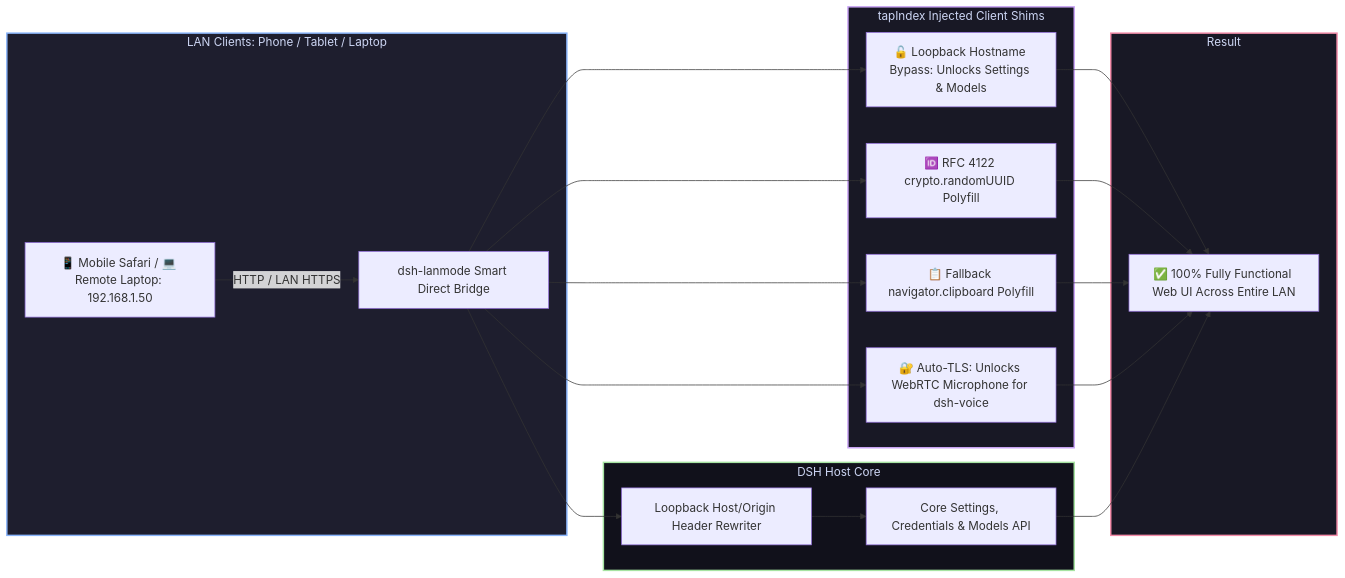
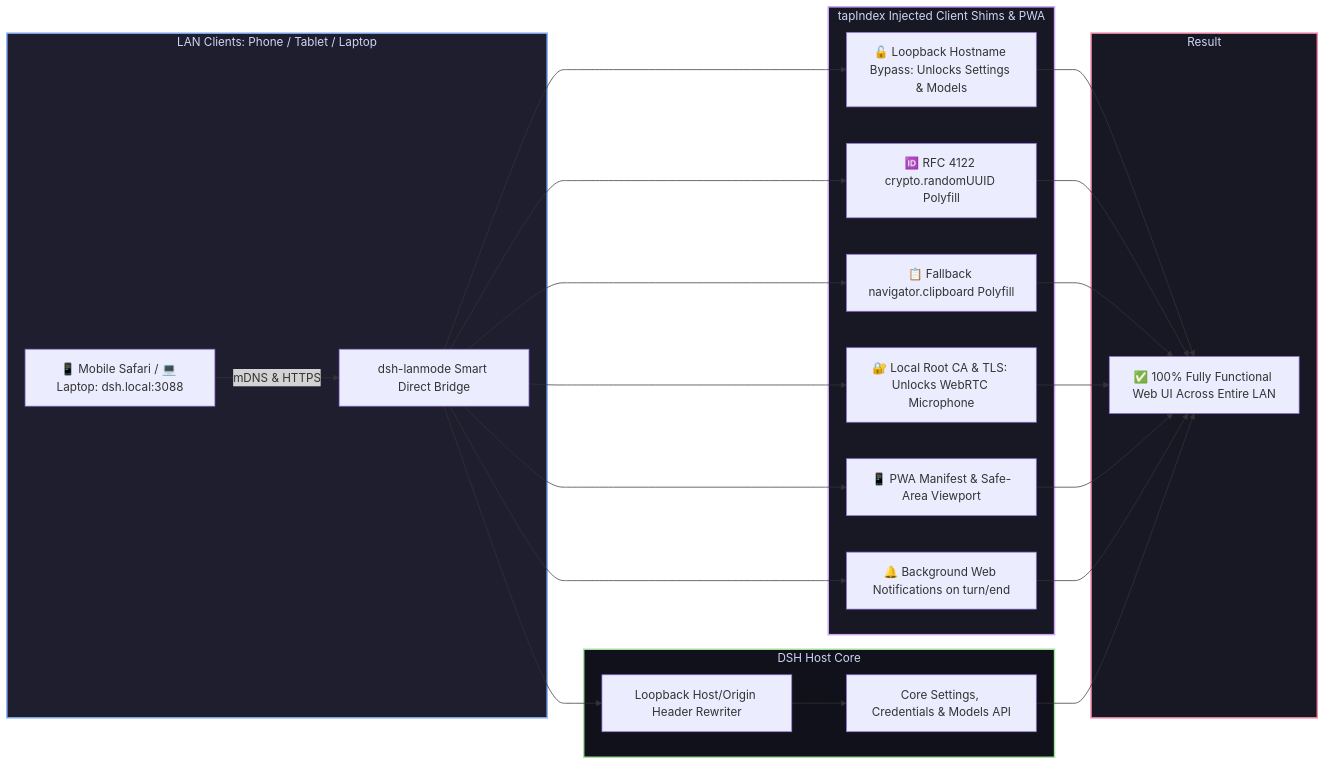
One commit to GooDAnDReaDY/dsh-lanmode changed the diagram in README.md. Above: the diagram before and after it, drawn with Mermaid. The commit also changed other lines of this file and 18 other files, not shown here.

Commit message:
feat: mobileqr, PWA, mDNS dsh.local, Local Root CA, LAN PIN, and UI settings card

````diff
--- a/README.md
+++ b/README.md
@@ -40,31 +40,35 @@
 ```mermaid
 graph LR
     subgraph RemoteDevices [LAN Clients: Phone / Tablet / Laptop]
-        Client[📱 Mobile Safari / 💻 Remote Laptop: 192.168.1.50] -->|HTTP / LAN HTTPS| Bridge[dsh-lanmode Smart Direct Bridge]
+        Client[📱 Mobile Safari / 💻 Laptop: dsh.local:3088] -->|mDNS & HTTPS| Bridge[dsh-lanmode Smart Direct Bridge]
     end
 
-    subgraph ShimsLayer [tapIndex Injected Client Shims]
+    subgraph ShimsLayer [tapIndex Injected Client Shims & PWA]
         Bridge --> Shim1[🔓 Loopback Hostname Bypass: Unlocks Settings & Models]
         Bridge --> Shim2[🆔 RFC 4122 crypto.randomUUID Polyfill]
         Bridge --> Shim3[📋 Fallback navigator.clipboard Polyfill]
-        Bridge --> Shim4[🔐 Auto-TLS: Unlocks WebRTC Microphone for dsh-voice]
+        Bridge --> Shim4[🔐 Local Root CA & TLS: Unlocks WebRTC Microphone]
+        Bridge --> Shim5[📱 PWA Manifest & Safe-Area Viewport]
+        Bridge --> Shim6[🔔 Background Web Notifications on turn/end]
     end
 
     subgraph HostBackend [DSH Host Core]
         Bridge --> HeaderRewrite[Loopback Host/Origin Header Rewriter]
         HeaderRewrite --> PrivilegedAPI[Core Settings, Credentials & Models API]
     end
 
     subgraph Output [Result]
         Shim1 --> FullWeb[✅ 100% Fully Functional Web UI Across Entire LAN]
         Shim2 --> FullWeb
         Shim3 --> FullWeb
         Shim4 --> FullWeb
+        Shim5 --> FullWeb
+        Shim6 --> FullWeb
         PrivilegedAPI --> FullWeb
     end
 
     style RemoteDevices fill:#1e1e2e,stroke:#89b4fa,stroke-width:2px,color:#cdd6f4
     style ShimsLayer fill:#181825,stroke:#cba6f7,stroke-width:2px,color:#cdd6f4
     style HostBackend fill:#11111b,stroke:#a6e3a1,stroke-width:2px,color:#cdd6f4
     style Output fill:#181825,stroke:#f38ba8,stroke-width:2px,color:#cdd6f4
 ```
````
